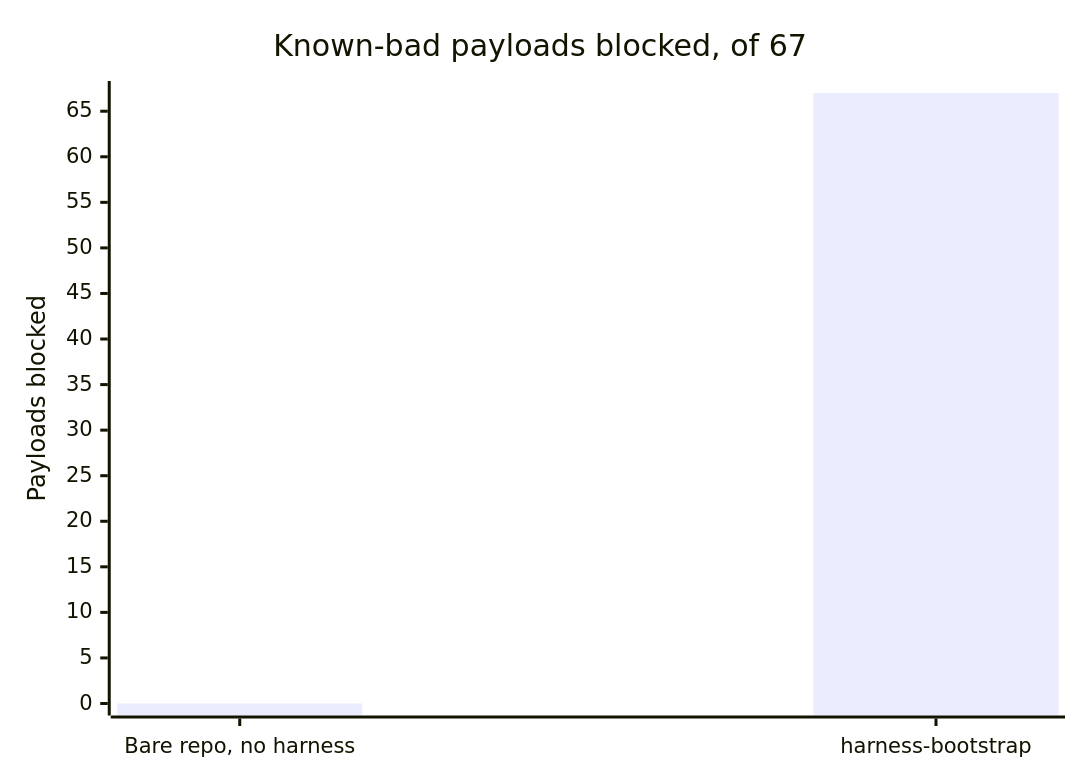
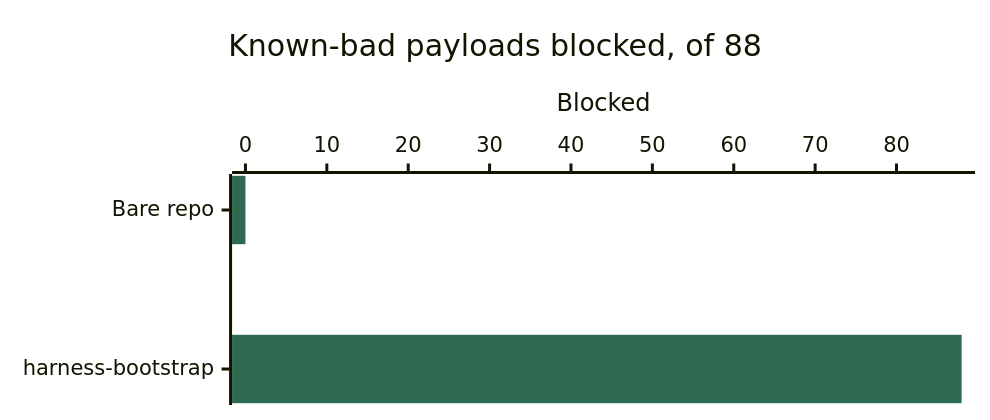
One commit to nguyenhx2/agent-harness-bootstrap changed the first of 3 diagrams in benchmark/RESULTS.md. Above: the diagram before and after it, drawn with Mermaid. The commit also changed other lines of this file and 364 other files, not shown here.

````diff
--- a/benchmark/RESULTS.md
+++ b/benchmark/RESULTS.md
@@ -38,7 +30,8 @@
 ```mermaid
-xychart-beta
-    title "Known-bad payloads blocked, of 67"
-    x-axis ["Bare repo, no harness", "harness-bootstrap"]
-    y-axis "Payloads blocked" 0 --> 67
-    bar [0, 67]
+%%{init: {"xyChart": {"height": 260, "width": 640}, "themeVariables": {"xyChart": {"plotColorPalette": "#2D6A4F"}}}}%%
+xychart-beta horizontal
+    title "Known-bad payloads blocked, of 88"
+    x-axis ["Bare repo", "harness-bootstrap"]
+    y-axis "Blocked" 0 --> 88
+    bar [0, 88]
 ```
````
